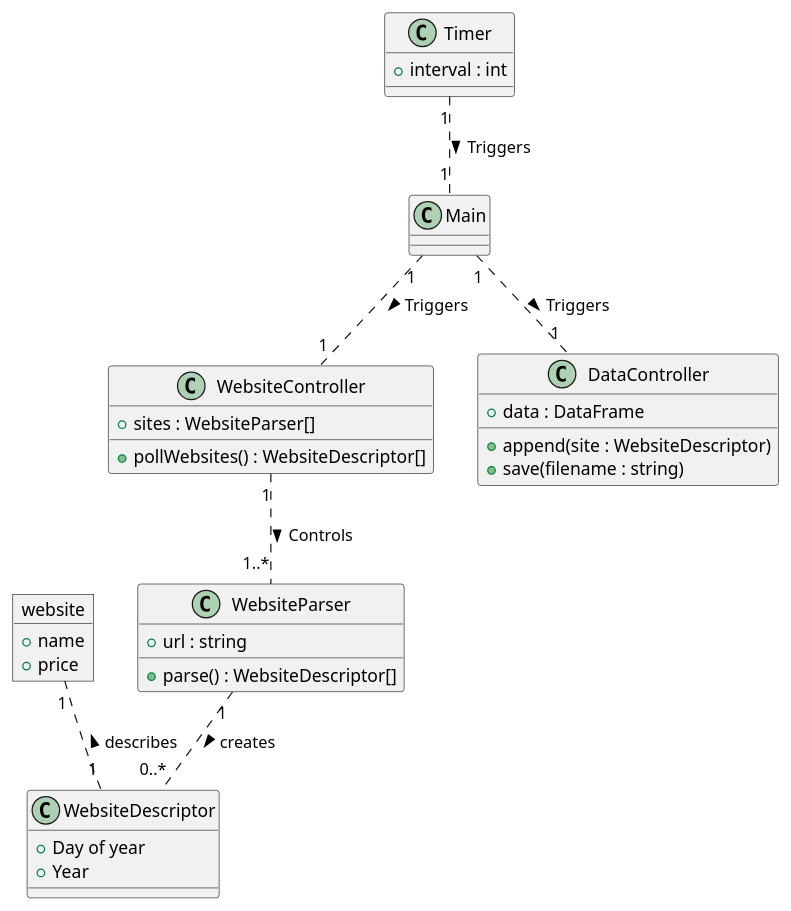
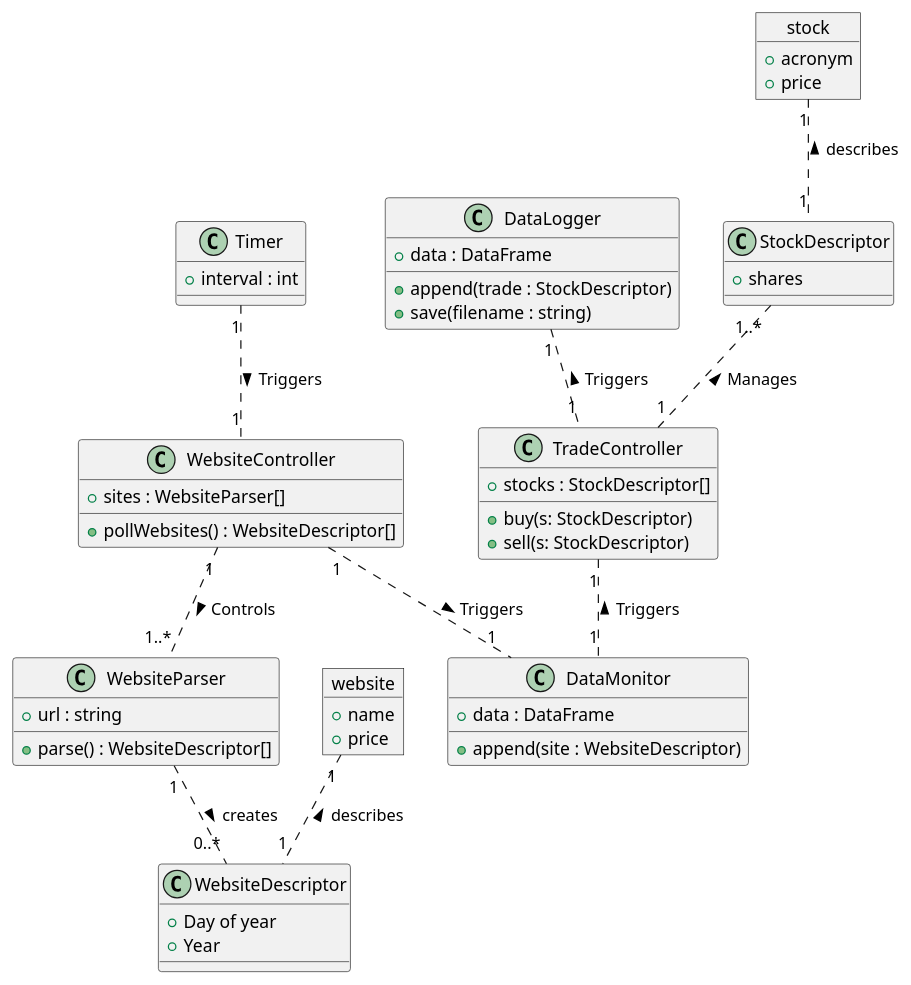
One commit to aaron-jencks/alpaca_stock_tradebot changed the diagram in architecture.puml. Above: the diagram before and after it, drawn with PlantUML. The commit also changed 8 other files, not shown here.

Commit message:
Updated architecture and readme

```diff
--- a/architecture.puml
+++ b/architecture.puml
@@ -1,47 +1,71 @@
 @startuml "Domain Model Diagram"
+
+object stock {
+    + acronym
+    + price
+}
+
+class StockDescriptor {
+    + shares
+}
+
+stock "1" .. "1" StockDescriptor : < describes
+
+class TradeController {
+    + stocks : StockDescriptor[]
+    + buy(s: StockDescriptor)
+    + sell(s: StockDescriptor)
+}
+
+StockDescriptor "1..*" .. "1" TradeController : < Manages
 
 object website {
     + name
     + price
 }
 
 class WebsiteDescriptor {
     + Day of year
     + Year
 }
 
 website "1" .. "1" WebsiteDescriptor : < describes
 
 class WebsiteParser {
     + url : string
     + parse() : WebsiteDescriptor[]
 }
 
 WebsiteParser "1" .. "0..*" WebsiteDescriptor : > creates
 
 class WebsiteController {
     + sites : WebsiteParser[]
     + pollWebsites() : WebsiteDescriptor[]
 }
 
 WebsiteController "1" .. "1..*" WebsiteParser : > Controls
 
-class DataController {
+class DataMonitor {
     + data : DataFrame
     + append(site : WebsiteDescriptor)
-    + save(filename : string)
 }
 
-class Main {
-}
+TradeController "1" .. "1" DataMonitor : < Triggers
 
-Main "1" .. "1" WebsiteController : > Triggers
-Main "1" .. "1" DataController : > Triggers
+WebsiteController "1" .. "1" DataMonitor : > Triggers
 
 class Timer {
     + interval : int
 }
 
-Timer "1" .. "1" Main : > Triggers
+Timer "1" .. "1" WebsiteController : > Triggers
+
+class DataLogger {
+    + data : DataFrame
+    + append(trade : StockDescriptor)
+    + save(filename : string)
+}
+
+DataLogger "1" .. "1" TradeController : < Triggers
 
 @enduml
```
